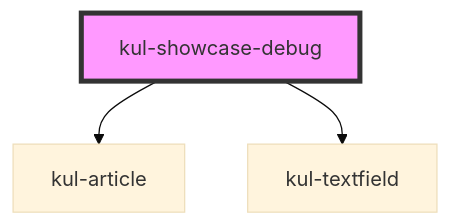
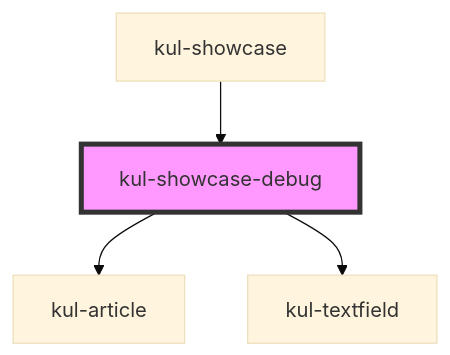
One commit to lucafoscili/ketchup-lite changed the diagram in packages/ketchup-lite/src/components/kul-showcase/utilities/debug/readme.md. Above: the diagram before and after it, drawn with Mermaid (base theme). The commit also changed other lines of this file and 45 other files, not shown here.

````diff
--- a/packages/ketchup-lite/src/components/kul-showcase/utilities/debug/readme.md
+++ b/packages/ketchup-lite/src/components/kul-showcase/utilities/debug/readme.md
@@ -23,6 +27,7 @@
 ```mermaid
 graph TD;
   kul-showcase-debug --> kul-article
   kul-showcase-debug --> kul-textfield
+  kul-showcase --> kul-showcase-debug
   style kul-showcase-debug fill:#f9f,stroke:#333,stroke-width:4px
 ```
````
